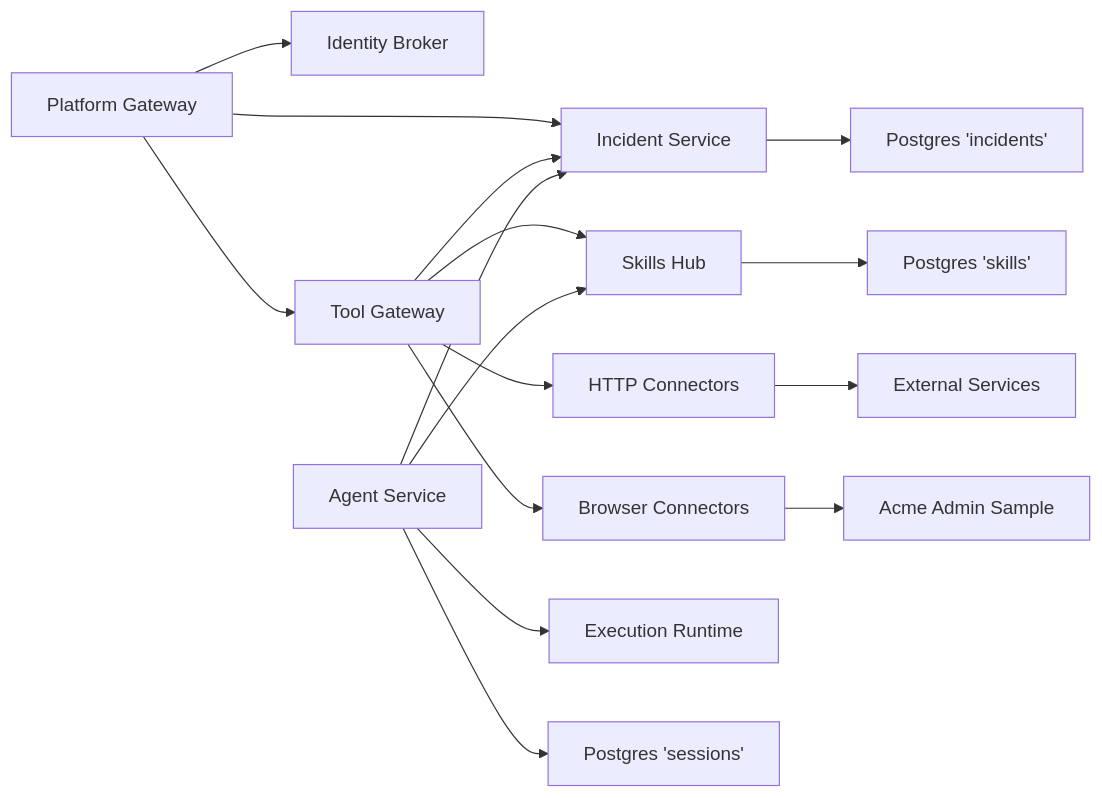
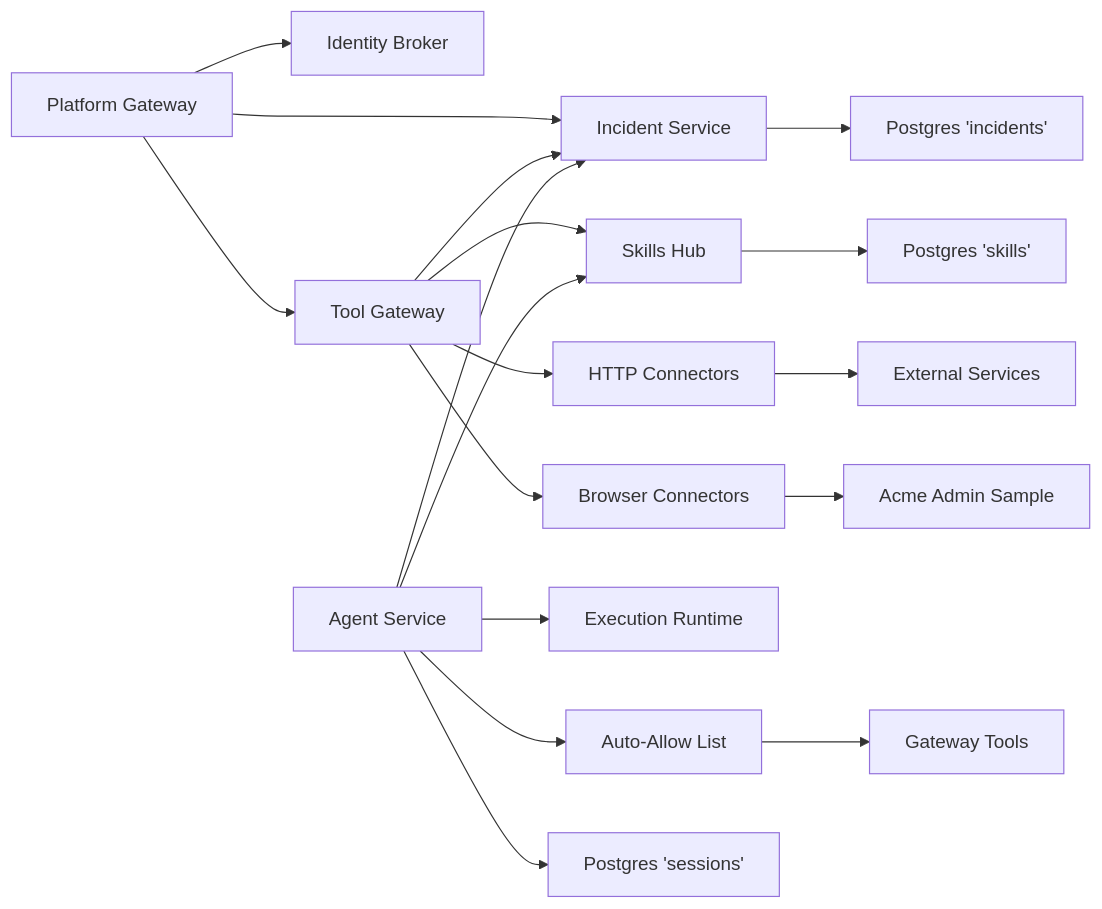
One commit to metasync/luban-aiops changed the fourth of 4 diagrams in .qoder/repowiki/en/content/Deployment and Operations/Configuration Management.md. Above: the diagram before and after it, drawn with Mermaid. The commit also changed other lines of this file and 250 other files, not shown here.

````diff
--- a/.qoder/repowiki/en/content/Deployment and Operations/Configuration Management.md
+++ b/.qoder/repowiki/en/content/Deployment and Operations/Configuration Management.md
@@ -356,18 +429,20 @@
 ```mermaid
 graph LR
 PGW["Platform Gateway"] --> IB["Identity Broker"]
 PGW --> TG["Tool Gateway"]
 PGW --> IS["Incident Service"]
 TG --> IS
 TG --> SH["Skills Hub"]
 TG --> HTTP["HTTP Connectors"]
 TG --> BROWSER["Browser Connectors"]
 AG["Agent Service"] --> IS
 AG --> SH
 AG --> EXEC["Execution Runtime"]
+AG --> AUTOALLOW["Auto-Allow List"]
 IS --> DBI["Postgres 'incidents'"]
 SH --> DBS["Postgres 'skills'"]
 AG --> DBA["Postgres 'sessions'"]
 HTTP --> External["External Services"]
 BROWSER --> ACME["Acme Admin Sample"]
+AUTOALLOW --> TOOLS["Gateway Tools"]
 ```
````
